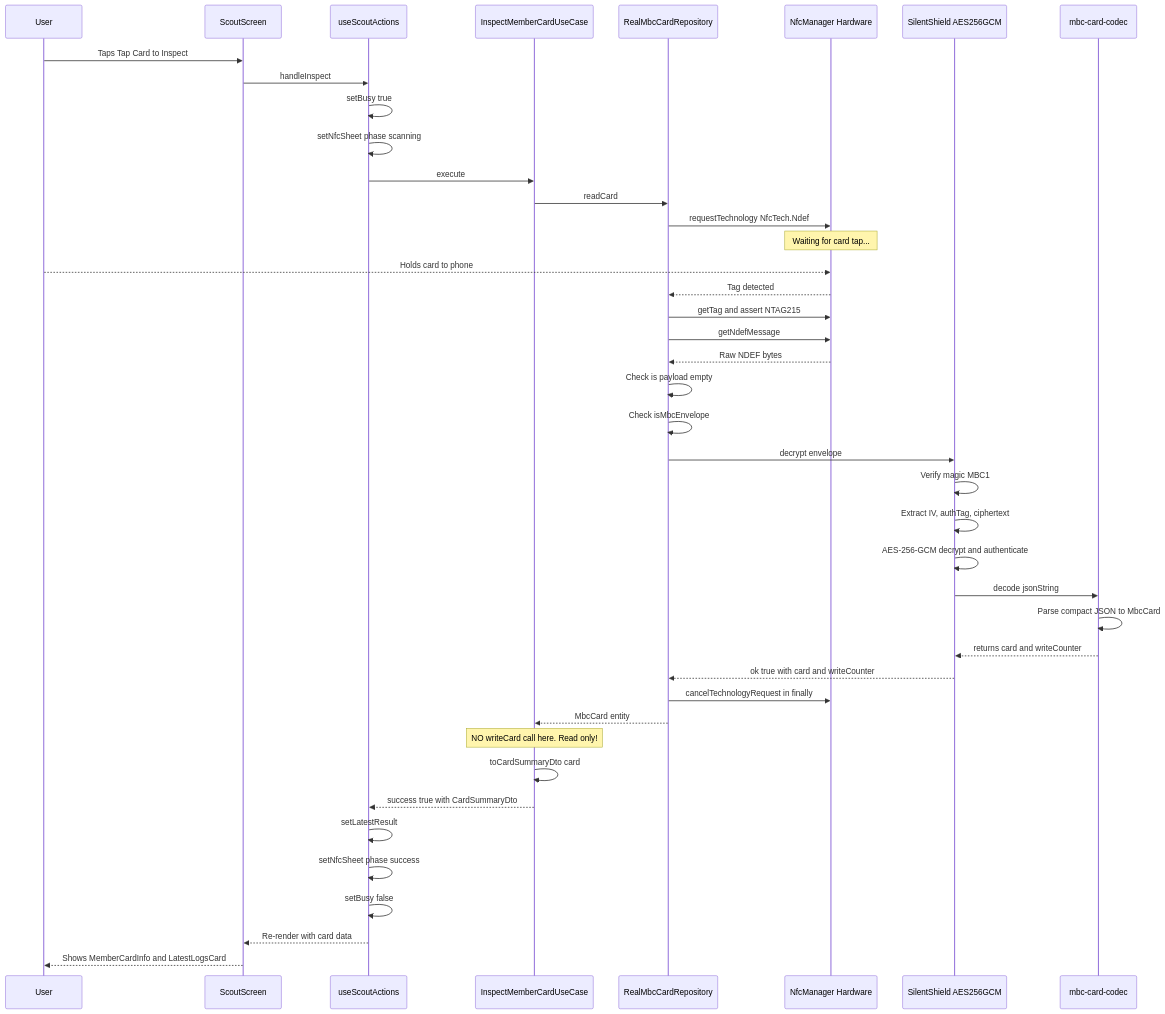
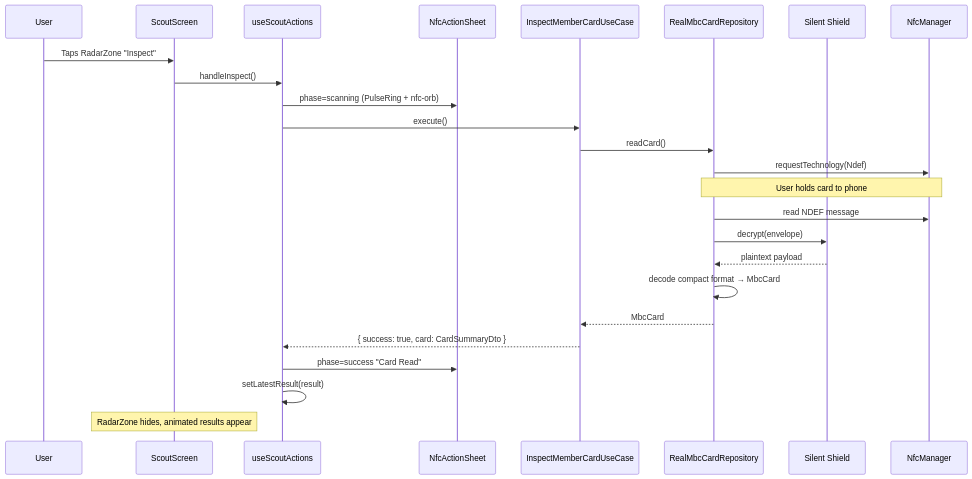
Before and after one commit to Schitzos/mbc-nfc: the first of 2 diagrams in docs/explainer/SCOUT_INSPECT_FLOW.md, drawn with Mermaid. The commit also changed other lines of this file and 12 other files, not shown here.

````diff
--- a/docs/explainer/SCOUT_INSPECT_FLOW.md
+++ b/docs/explainer/SCOUT_INSPECT_FLOW.md
@@ -407,45 +51,28 @@
 ```mermaid
 sequenceDiagram
-    participant U as User
+    participant User
     participant UI as ScoutScreen
-    participant H as useScoutActions
+    participant Hook as useScoutActions
+    participant Sheet as NfcActionSheet
     participant UC as InspectMemberCardUseCase
-    participant R as RealMbcCardRepository
-    participant NFC as NfcManager Hardware
-    participant SS as SilentShield AES256GCM
-    participant C as mbc-card-codec
+    participant Repo as RealMbcCardRepository
+    participant Shield as Silent Shield
+    participant NFC as NfcManager
 
-    U->>UI: Taps Tap Card to Inspect
-    UI->>H: handleInspect
-    H->>H: setBusy true
-    H->>H: setNfcSheet phase scanning
-    H->>UC: execute
-    UC->>R: readCard
-    R->>NFC: requestTechnology NfcTech.Ndef
-    Note over NFC: Waiting for card tap...
-    U-->>NFC: Holds card to phone
-    NFC-->>R: Tag detected
-    R->>NFC: getTag and assert NTAG215
-    R->>NFC: getNdefMessage
-    NFC-->>R: Raw NDEF bytes
-    R->>R: Check is payload empty
-    R->>R: Check isMbcEnvelope
-    R->>SS: decrypt envelope
-    SS->>SS: Verify magic MBC1
-    SS->>SS: Extract IV, authTag, ciphertext
-    SS->>SS: AES-256-GCM decrypt and authenticate
-    SS->>C: decode jsonString
-    C->>C: Parse compact JSON to MbcCard
-    C-->>SS: returns card and writeCounter
-    SS-->>R: ok true with card and writeCounter
-    R->>NFC: cancelTechnologyRequest in finally
-    R-->>UC: MbcCard entity
-    Note over UC: NO writeCard call here. Read only!
-    UC->>UC: toCardSummaryDto card
-    UC-->>H: success true with CardSummaryDto
-    H->>H: setLatestResult
-    H->>H: setNfcSheet phase success
-    H->>H: setBusy false
-    H-->>UI: Re-render with card data
-    UI-->>U: Shows MemberCardInfo and LatestLogsCard
+    User->>UI: Taps RadarZone "Inspect"
+    UI->>Hook: handleInspect()
+    Hook->>Sheet: phase=scanning (PulseRing + nfc-orb)
+    Hook->>UC: execute()
+    UC->>Repo: readCard()
+    Repo->>NFC: requestTechnology(Ndef)
+    Note over Repo,NFC: User holds card to phone
+    Repo->>NFC: read NDEF message
+    Repo->>Shield: decrypt(envelope)
+    Shield-->>Repo: plaintext payload
+    Repo->>Repo: decode compact format → MbcCard
+    Repo-->>UC: MbcCard
+    UC-->>Hook: { success: true, card: CardSummaryDto }
+    Hook->>Sheet: phase=success "Card Read"
+    Hook->>Hook: setLatestResult(result)
+    Note over UI: RadarZone hides, animated results appear
 ```
````
